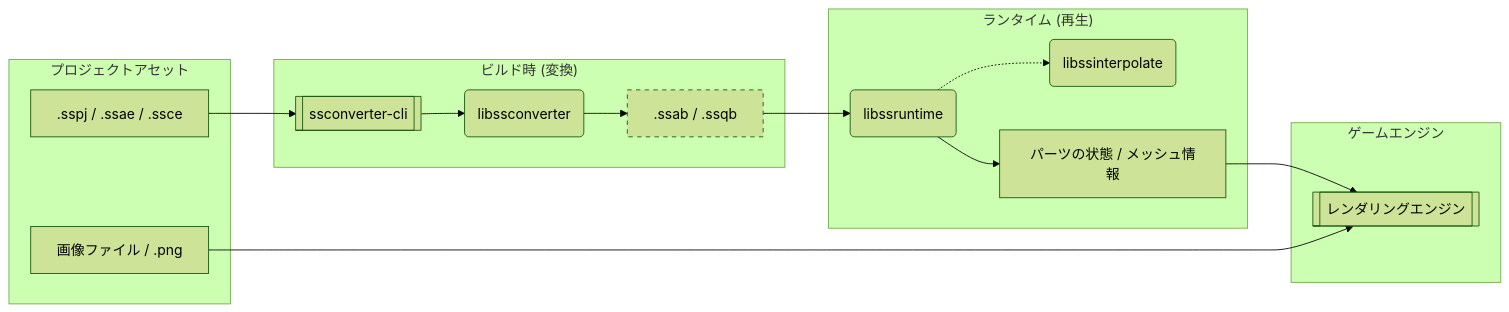
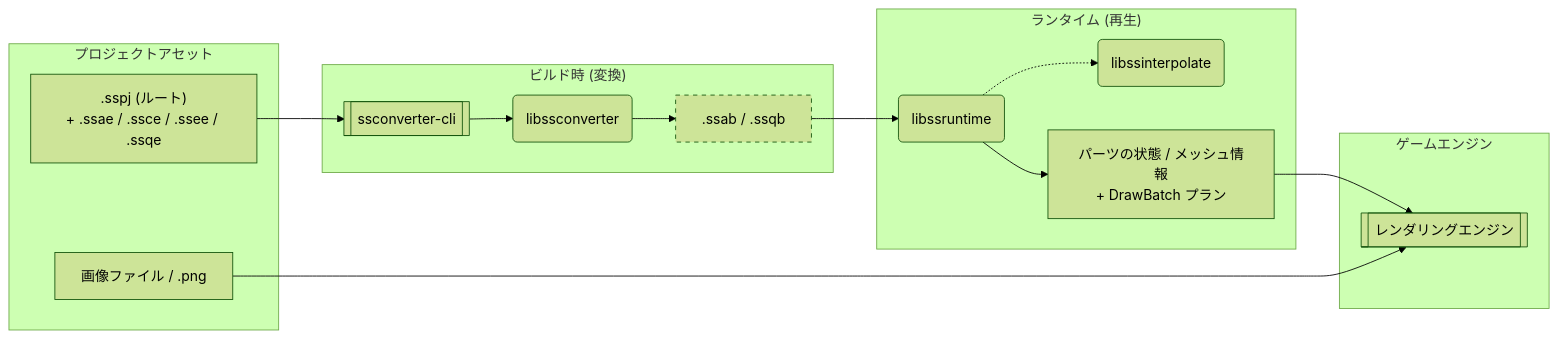
The diagram in README.ja.md (cri-middleware/SpriteStudio-SDK), drawn with Mermaid (forest theme) before and after one commit. The commit also changed other lines of this file and 5 other files, not shown here.

````diff
--- a/README.ja.md
+++ b/README.ja.md
@@ -24,29 +24,29 @@
 ```mermaid
 graph LR
     subgraph Assets ["プロジェクトアセット"]
-        SS[" .sspj / .ssae / .ssce "]
+        SS[" .sspj (ルート)<br/>+ .ssae / .ssce / .ssee / .ssqe "]
         IMG[" 画像ファイル / .png "]
     end
 
     subgraph Conversion ["ビルド時 (変換)"]
         CLI[[" ssconverter-cli "]]
         CONV(" libssconverter ")
         SS --> CLI
         CLI --> CONV
         CONV --> BIN[" .ssab / .ssqb "]
     end
 
     subgraph Runtime ["ランタイム (再生)"]
         BIN --> RT(" libssruntime ")
         RT -.-> INT(" libssinterpolate ")
-        RT --> STATE[" パーツの状態 / メッシュ情報 "]
+        RT --> STATE[" パーツの状態 / メッシュ情報<br/>+ DrawBatch プラン "]
     end
 
     subgraph Engine ["ゲームエンジン"]
         STATE --> REND[[" レンダリングエンジン "]]
         IMG --> REND
     end
 
     classDef generated stroke-dasharray: 5 5;
     class BIN generated;
 ```
````
